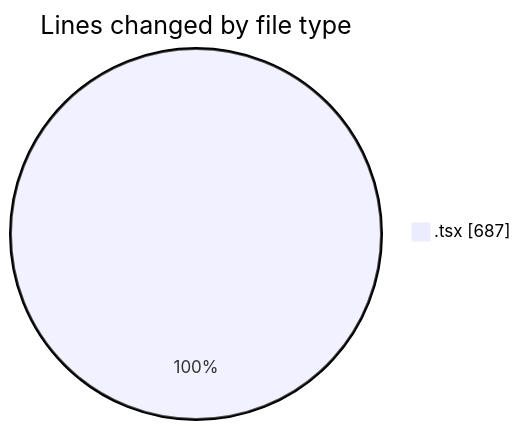
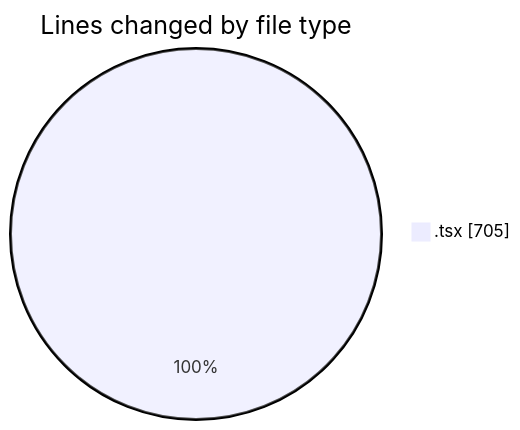
One commit to nxtqubesakshisongat/code-tracking changed the first of 2 diagrams in 2026-03-10/nxtqube_webapp/README.md. Above: the diagram before and after it, drawn with Mermaid. The commit also changed other lines of this file and 1 other file, not shown here.

````diff
--- a/2026-03-10/nxtqube_webapp/README.md
+++ b/2026-03-10/nxtqube_webapp/README.md
@@ -20,5 +20,5 @@
 ```mermaid
 pie showData
 title Lines changed by file type
-".tsx" : 687
+".tsx" : 705
 ```
````
